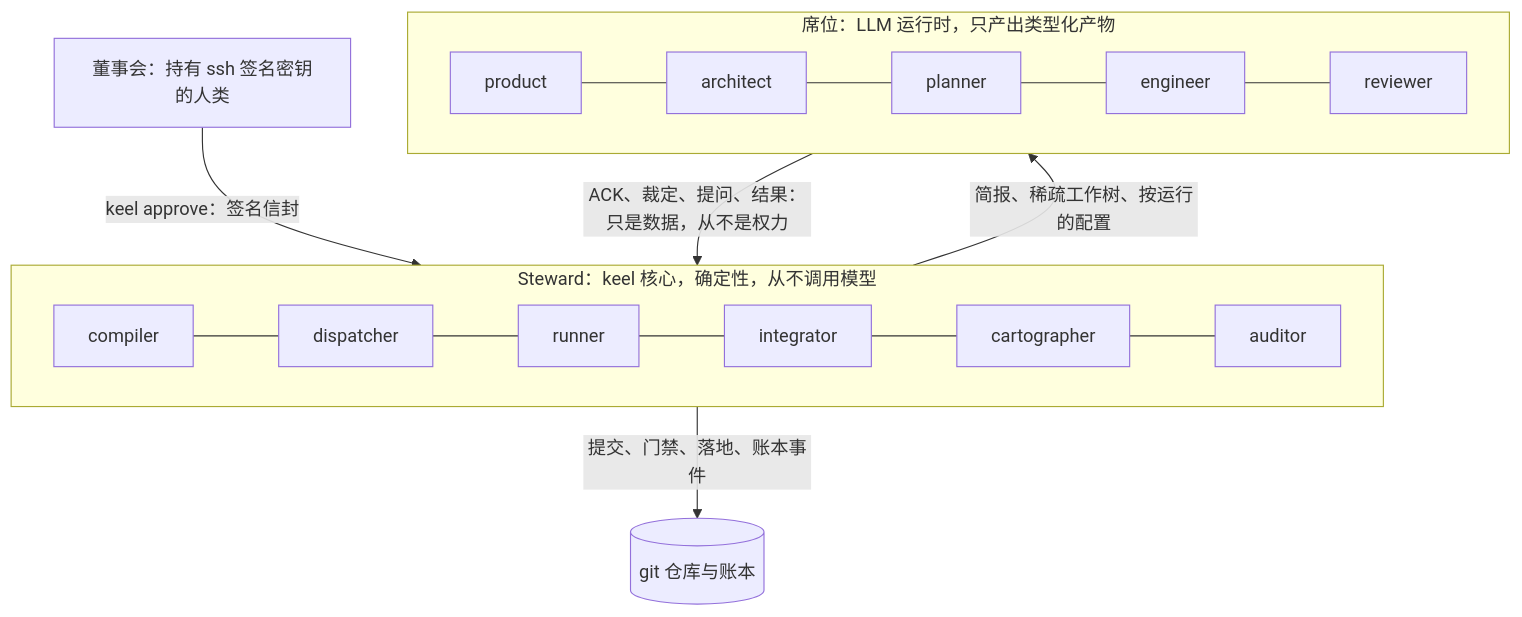
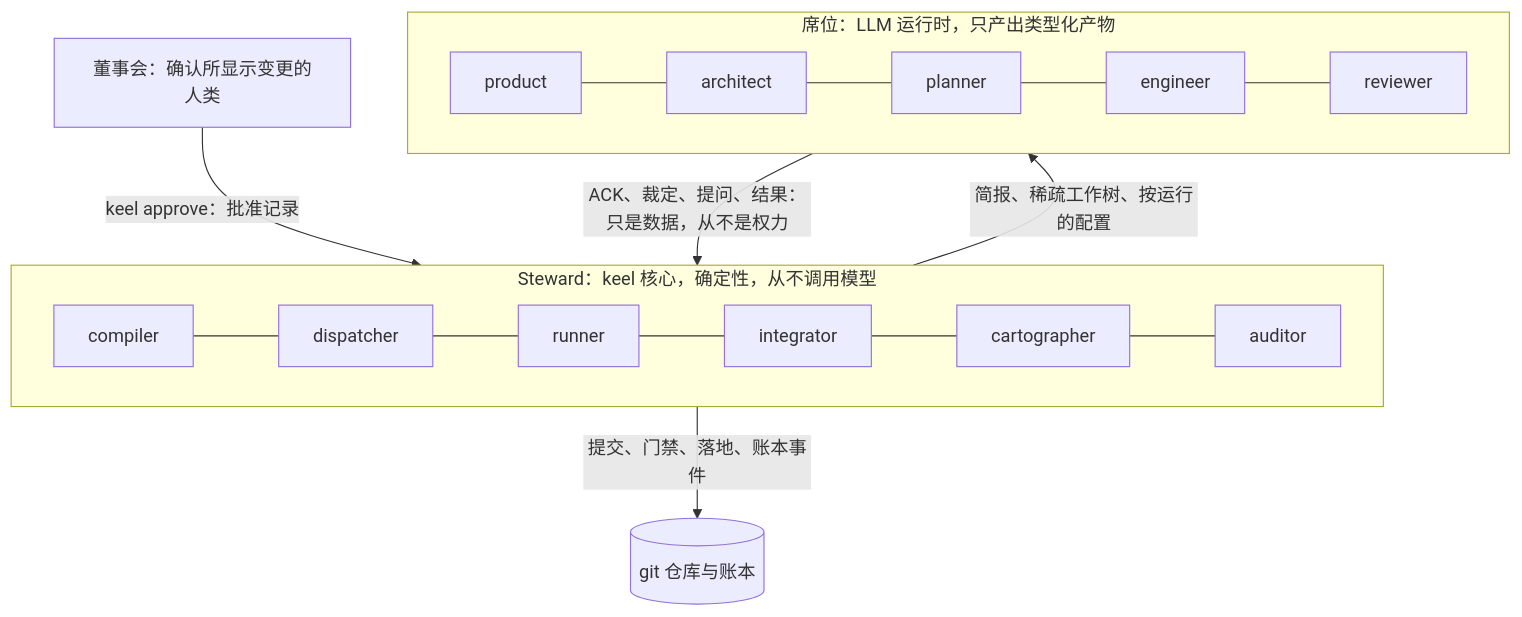
One commit to Qither/keel changed the diagram in docs/01-org-model.zh-CN.md. Above: the diagram before and after it, drawn with Mermaid. The commit also changed other lines of this file and 130 other files, not shown here.

````diff
--- a/docs/01-org-model.zh-CN.md
+++ b/docs/01-org-model.zh-CN.md
@@ -17,17 +17,17 @@
 ```mermaid
 flowchart TB
-  Board["董事会：持有 ssh 签名密钥的人类"]
+  Board["董事会：确认所显示变更的人类"]
   subgraph Steward["Steward：keel 核心，确定性，从不调用模型"]
     direction LR
     compiler --- dispatcher --- runner --- integrator --- cartographer --- auditor
   end
   subgraph Seats["席位：LLM 运行时，只产出类型化产物"]
     direction LR
     product --- architect --- planner --- engineer --- reviewer
   end
   Repo[("git 仓库与账本")]
-  Board -- "keel approve：签名信封" --> Steward
+  Board -- "keel approve：批准记录" --> Steward
   Steward -- "简报、稀疏工作树、按运行的配置" --> Seats
   Seats -- "ACK、裁定、提问、结果：只是数据，从不是权力" --> Steward
   Steward -- "提交、门禁、落地、账本事件" --> Repo
 ```
````
